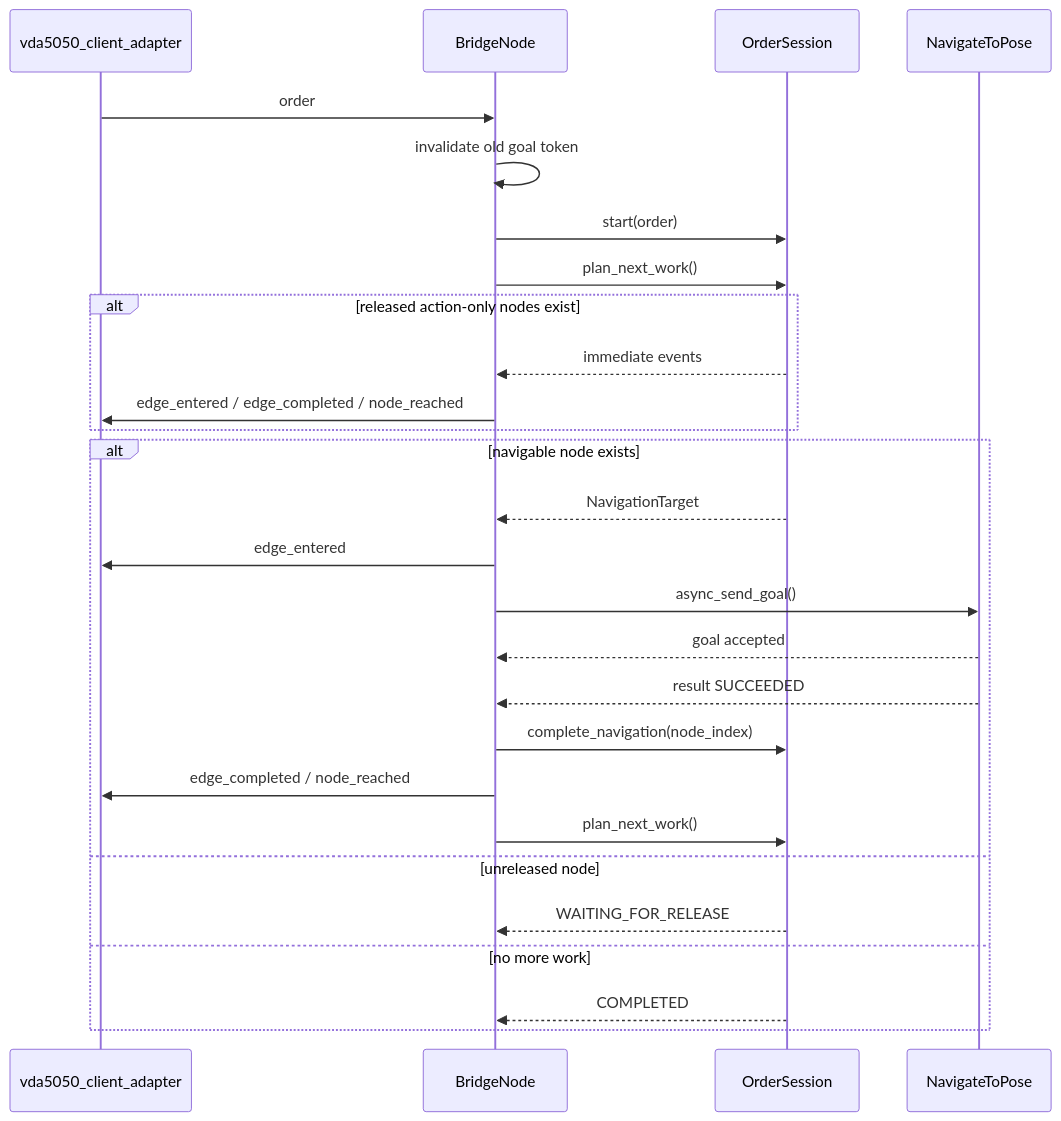
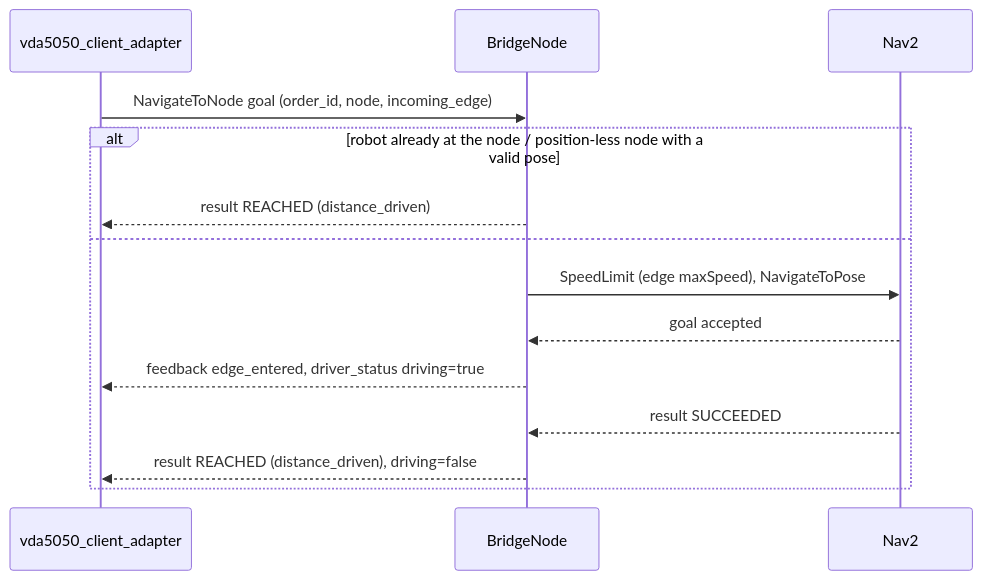
Before and after one commit to NhatTran-97/eiu-vda5050-support-open-rmf: the second of 2 diagrams in tb3_vda5050_bridge/docs/architecture.md, drawn with Mermaid. The commit also changed other lines of this file and 18 other files, not shown here.

First line of the commit message:
tb3_vda5050_bridge: execute NavigateToNode steps, drop bridge-side order

````diff
--- a/tb3_vda5050_bridge/docs/architecture.md
+++ b/tb3_vda5050_bridge/docs/architecture.md
@@ -176,32 +47,17 @@
 ```mermaid
 sequenceDiagram
     participant Adapter as vda5050_client_adapter
     participant Bridge as BridgeNode
-    participant Session as OrderSession
-    participant Nav2 as NavigateToPose
+    participant Nav2
 
-    Adapter->>Bridge: order
-    Bridge->>Bridge: invalidate old goal token
-    Bridge->>Session: start(order)
-    Bridge->>Session: plan_next_work()
-
-    alt released action-only nodes exist
-        Session-->>Bridge: immediate events
-        Bridge->>Adapter: edge_entered / edge_completed / node_reached
-    end
-
-    alt navigable node exists
-        Session-->>Bridge: NavigationTarget
-        Bridge->>Adapter: edge_entered
-        Bridge->>Nav2: async_send_goal()
+    Adapter->>Bridge: NavigateToNode goal (order_id, node, incoming_edge)
+    alt robot already at the node / position-less node with a valid pose
+        Bridge-->>Adapter: result REACHED (distance_driven)
+    else
+        Bridge->>Nav2: SpeedLimit (edge maxSpeed), NavigateToPose
         Nav2-->>Bridge: goal accepted
+        Bridge-->>Adapter: feedback edge_entered, driver_status driving=true
         Nav2-->>Bridge: result SUCCEEDED
-        Bridge->>Session: complete_navigation(node_index)
-        Bridge->>Adapter: edge_completed / node_reached
-        Bridge->>Session: plan_next_work()
-    else unreleased node
-        Session-->>Bridge: WAITING_FOR_RELEASE
-    else no more work
-        Session-->>Bridge: COMPLETED
+        Bridge-->>Adapter: result REACHED (distance_driven), driving=false
     end
 ```
````
